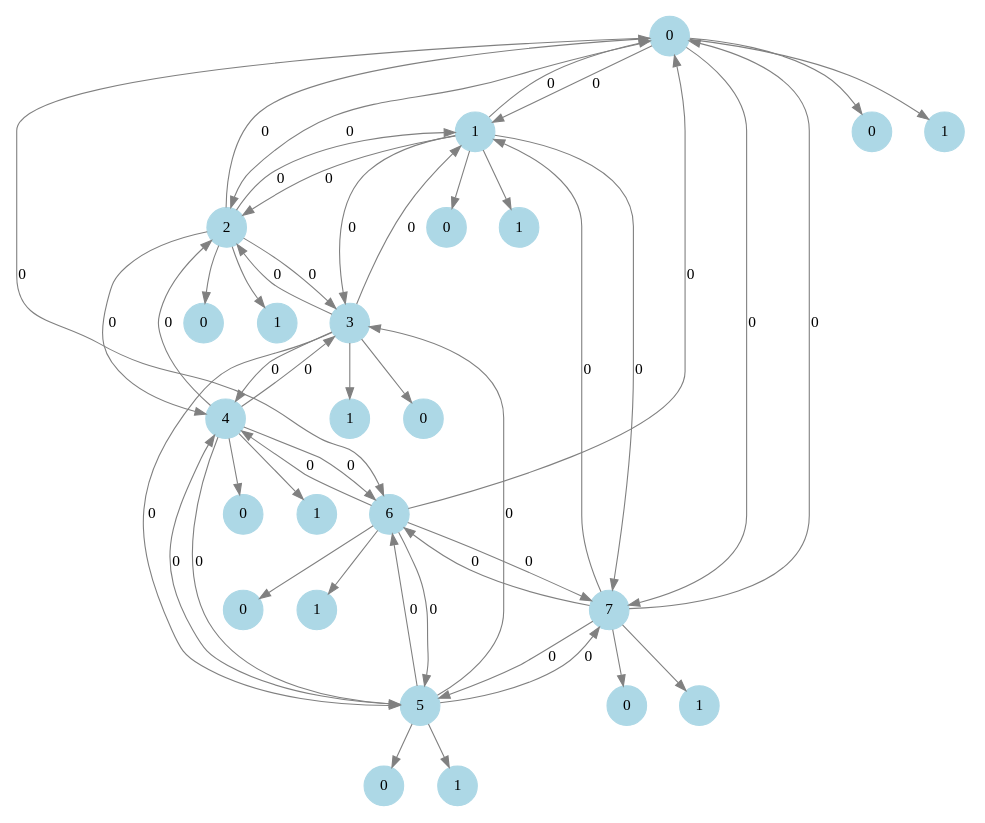
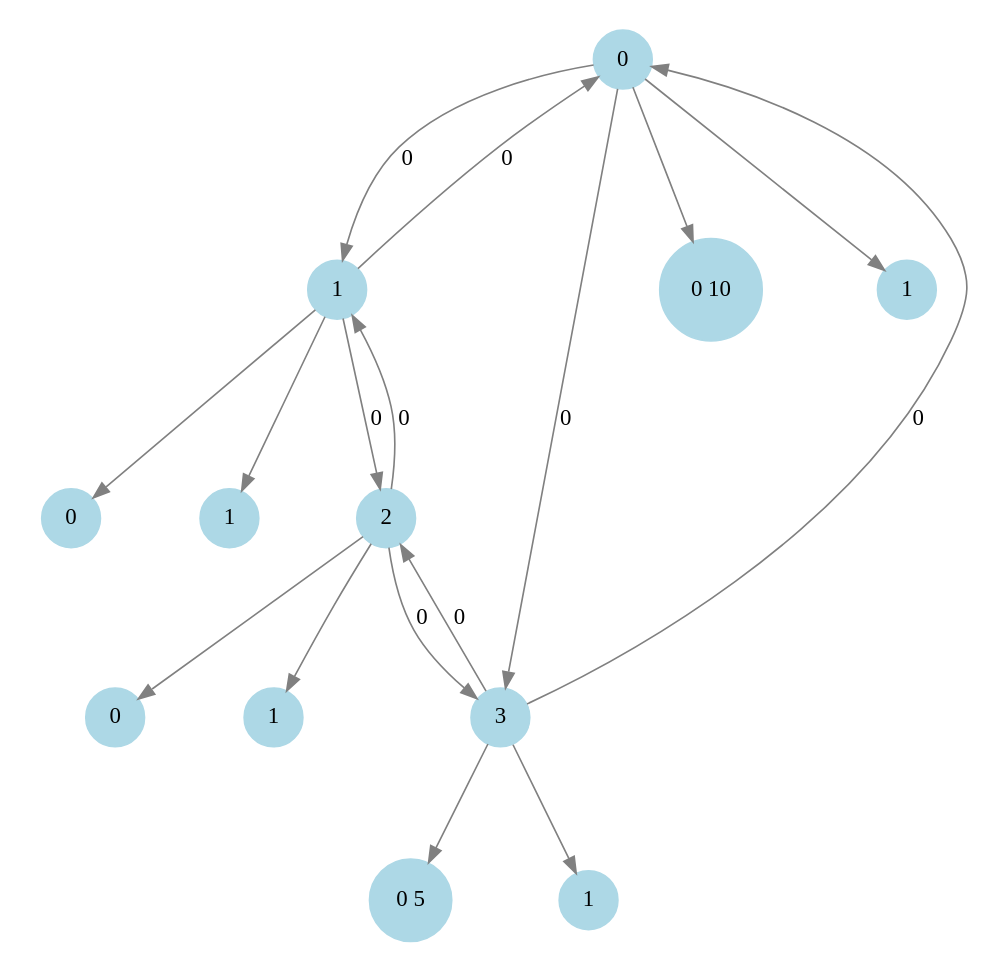
The diagram in Trabajo_Final/src/grafo.dot (Fede108/Algoritmos-y-estructura-de-Datos), drawn with Graphviz before and after one commit. The commit also changed 8 other files, not shown here.

```diff
--- a/Trabajo_Final/src/grafo.dot
+++ b/Trabajo_Final/src/grafo.dot
@@ -1,70 +1,30 @@
 digraph G {
     node [shape=circle, style=filled, color=lightblue];
     edge [color=gray, penwidth=1];
     size="8,8";
     ratio="fill";
     0 -> 1 [label="0"];
-    0 -> 2 [label="0"];
-    0 -> 6 [label="0"];
-    0 -> 7 [label="0"];
+    0 -> 3 [label="0"];
     0 -> 00;
-    00 [label="0"];
+    00 [label="0 10"];
     0 -> 10;
     10 [label="1"];
     1 -> 0 [label="0"];
     1 -> 2 [label="0"];
-    1 -> 3 [label="0"];
-    1 -> 7 [label="0"];
     1 -> 01;
     01 [label="0"];
     1 -> 11;
     11 [label="1"];
-    2 -> 0 [label="0"];
     2 -> 1 [label="0"];
     2 -> 3 [label="0"];
-    2 -> 4 [label="0"];
     2 -> 02;
     02 [label="0"];
     2 -> 12;
     12 [label="1"];
-    3 -> 1 [label="0"];
+    3 -> 0 [label="0"];
     3 -> 2 [label="0"];
-    3 -> 4 [label="0"];
-    3 -> 5 [label="0"];
     3 -> 03;
-    03 [label="0"];
+    03 [label="0 5"];
     3 -> 13;
     13 [label="1"];
-    4 -> 2 [label="0"];
-    4 -> 3 [label="0"];
-    4 -> 5 [label="0"];
-    4 -> 6 [label="0"];
-    4 -> 04;
-    04 [label="0"];
-    4 -> 14;
-    14 [label="1"];
-    5 -> 3 [label="0"];
-    5 -> 4 [label="0"];
-    5 -> 6 [label="0"];
-    5 -> 7 [label="0"];
-    5 -> 05;
-    05 [label="0"];
-    5 -> 15;
-    15 [label="1"];
-    6 -> 0 [label="0"];
-    6 -> 4 [label="0"];
-    6 -> 5 [label="0"];
-    6 -> 7 [label="0"];
-    6 -> 06;
-    06 [label="0"];
-    6 -> 16;
-    16 [label="1"];
-    7 -> 0 [label="0"];
-    7 -> 1 [label="0"];
-    7 -> 5 [label="0"];
-    7 -> 6 [label="0"];
-    7 -> 07;
-    07 [label="0"];
-    7 -> 17;
-    17 [label="1"];
 }
```
